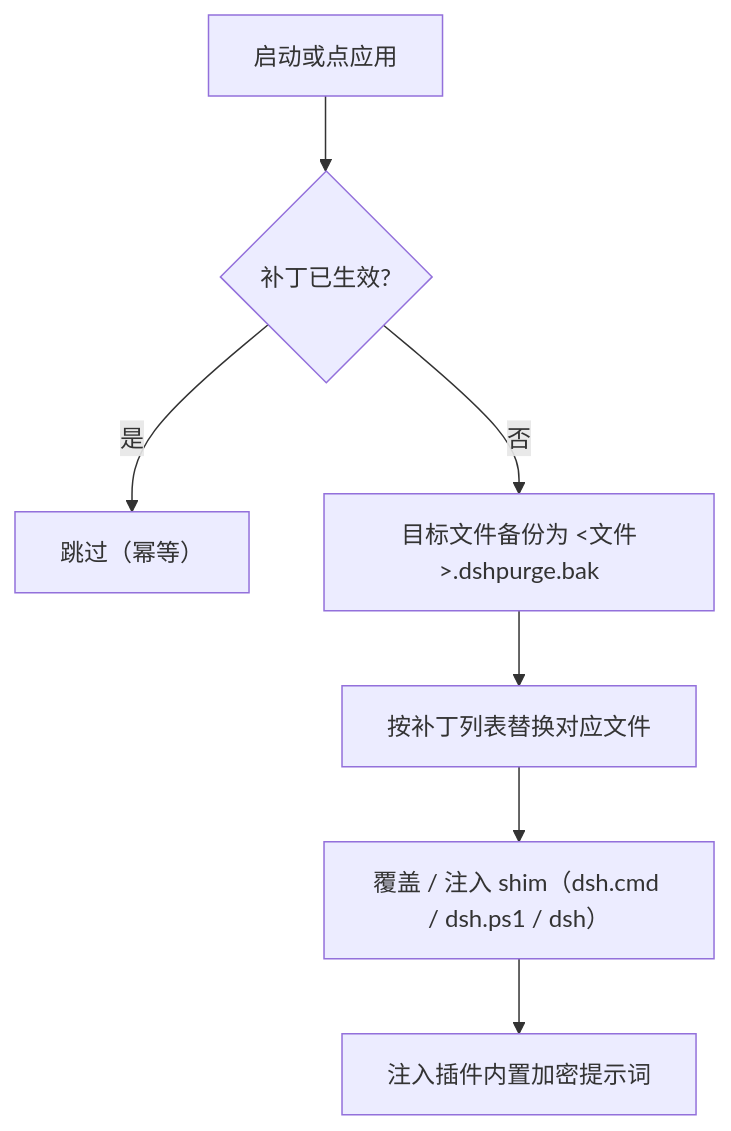
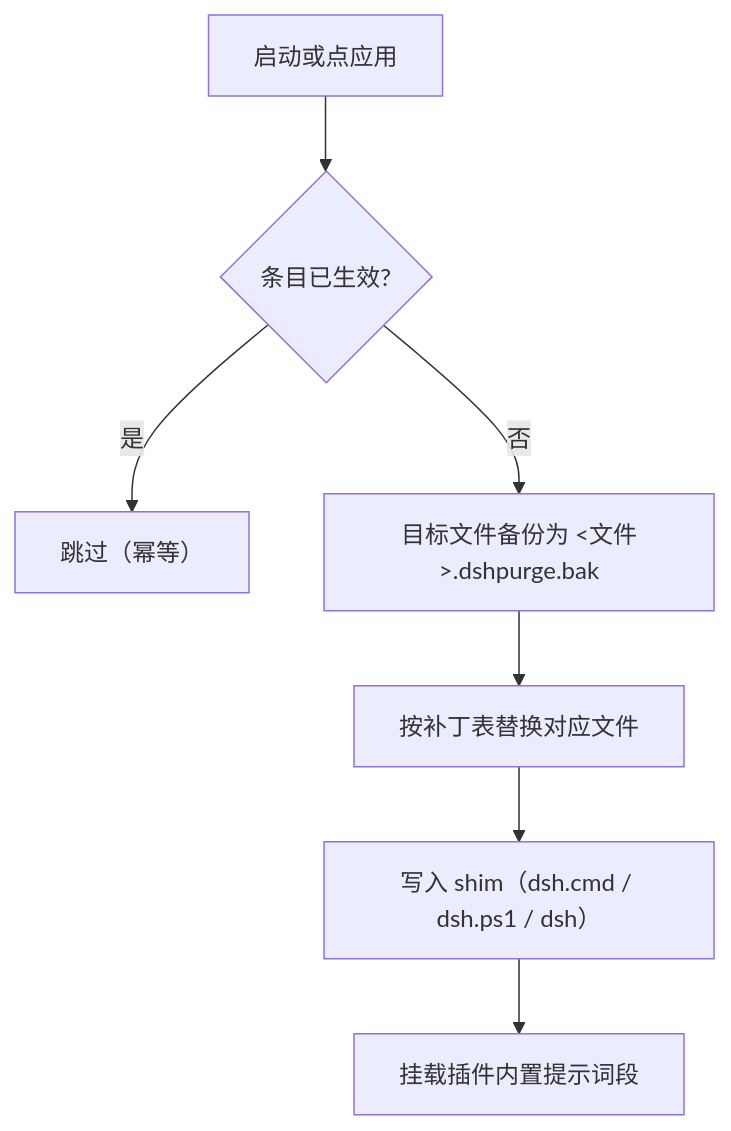
The diagram in README.md (ZXEB/dsh-purge), drawn with Mermaid before and after one commit. The commit also changed other lines of this file and 10 other files, not shown here.

````diff
--- a/README.md
+++ b/README.md
@@ -402,9 +370,9 @@
 ```mermaid
 flowchart TD
-  A["启动或点应用"] --> B{"补丁已生效?"}
+  A["启动或点应用"] --> B{"条目已生效?"}
   B -->|是| C["跳过（幂等）"]
   B -->|否| D["目标文件备份为 <文件>.dshpurge.bak"]
-  D --> E["按补丁列表替换对应文件"]
-  E --> F["覆盖 / 注入 shim（dsh.cmd / dsh.ps1 / dsh）"]
-  F --> G["注入插件内置加密提示词"]
+  D --> E["按补丁表替换对应文件"]
+  E --> F["写入 shim（dsh.cmd / dsh.ps1 / dsh）"]
+  F --> G["挂载插件内置提示词段"]
 ```
````
